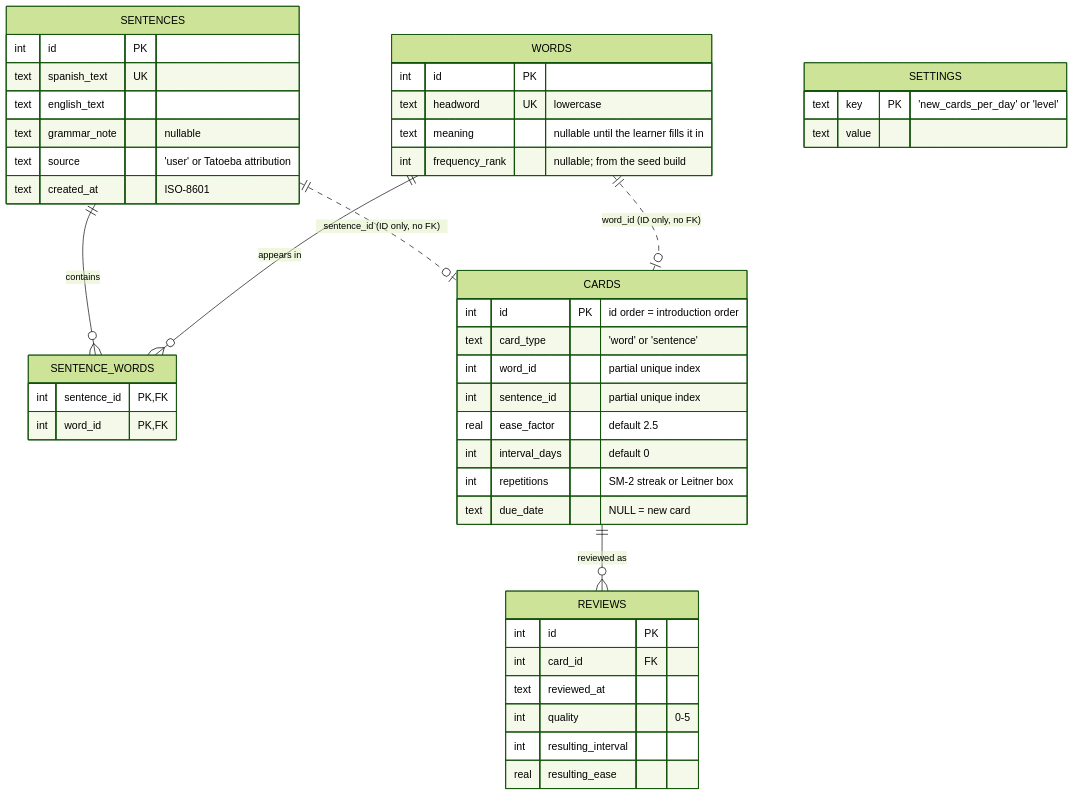
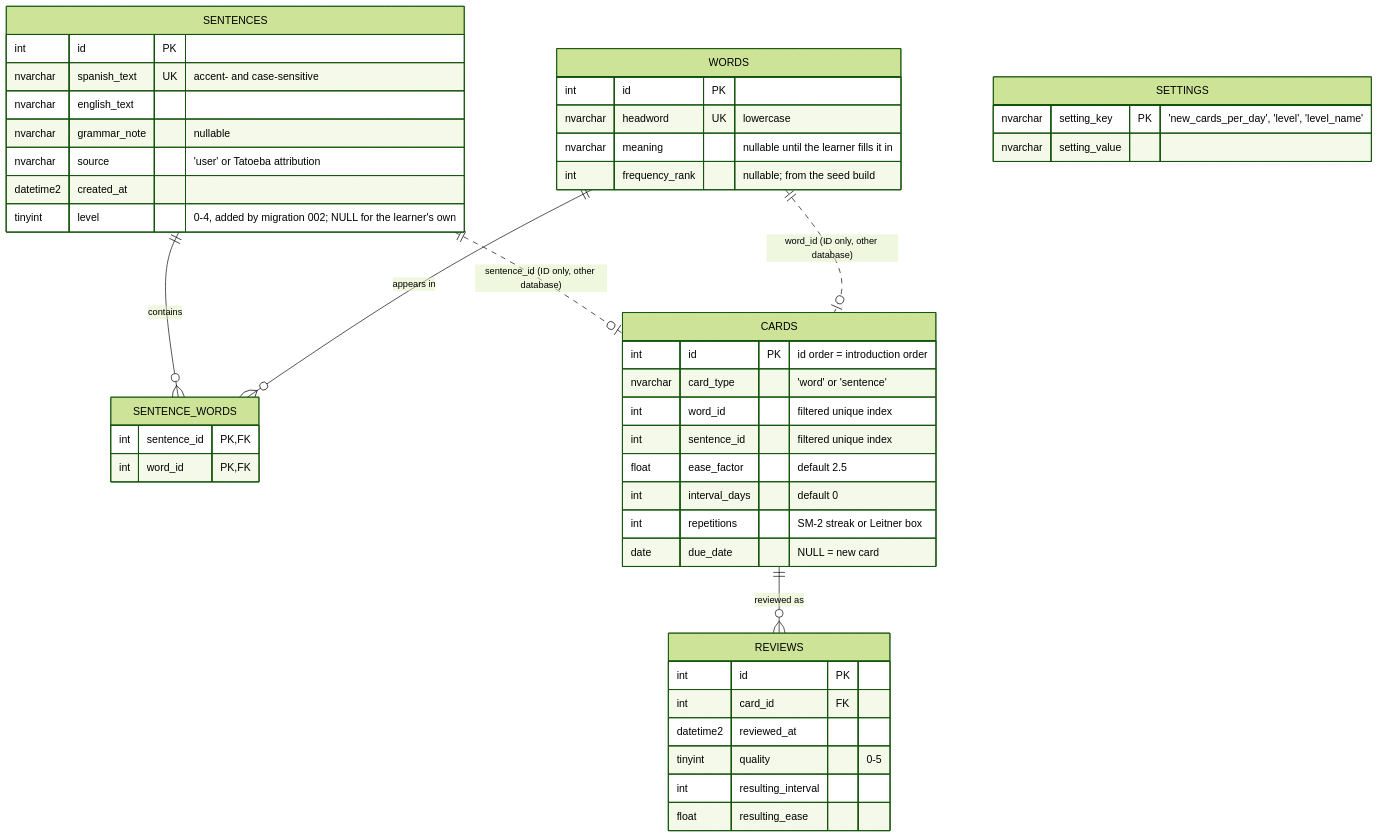
Before and after one commit to Allaawii/devops_individual_assignment_1: the sixth of 6 diagrams in docs/diagrams.md, drawn with Mermaid (forest theme). The commit also changed other lines of this file and 1 other file, not shown here.

Commit message:
Rewrite the README for the two services (compose, one service alone, tests, migrations, CI/CD jobs, Azure resources and the one-time setup) and the diagrams (before and after architecture, deployment, the pull, content down, one database per service)

````diff
--- a/docs/diagrams.md
+++ b/docs/diagrams.md
@@ -85,49 +146,50 @@
 ```mermaid
 erDiagram
     SENTENCES ||--o{ SENTENCE_WORDS : "contains"
     WORDS     ||--o{ SENTENCE_WORDS : "appears in"
-    SENTENCES ||..o| CARDS : "sentence_id (ID only, no FK)"
-    WORDS     ||..o| CARDS : "word_id (ID only, no FK)"
+    SENTENCES ||..o| CARDS : "sentence_id (ID only, other database)"
+    WORDS     ||..o| CARDS : "word_id (ID only, other database)"
     CARDS     ||--o{ REVIEWS : "reviewed as"
 
     SENTENCES {
-        int  id PK
-        text spanish_text UK
-        text english_text
-        text grammar_note "nullable"
-        text source "'user' or Tatoeba attribution"
-        text created_at "ISO-8601"
+        int      id PK
+        nvarchar spanish_text UK "accent- and case-sensitive"
+        nvarchar english_text
+        nvarchar grammar_note "nullable"
+        nvarchar source "'user' or Tatoeba attribution"
+        datetime2 created_at
+        tinyint  level "0-4, added by migration 002; NULL for the learner's own"
     }
     WORDS {
-        int  id PK
-        text headword UK "lowercase"
-        text meaning "nullable until the learner fills it in"
-        int  frequency_rank "nullable; from the seed build"
+        int      id PK
+        nvarchar headword UK "lowercase"
+        nvarchar meaning "nullable until the learner fills it in"
+        int      frequency_rank "nullable; from the seed build"
     }
     SENTENCE_WORDS {
         int sentence_id PK, FK
         int word_id PK, FK
     }
     CARDS {
-        int  id PK "id order = introduction order"
-        text card_type "'word' or 'sentence'"
-        int  word_id "partial unique index"
-        int  sentence_id "partial unique index"
-        real ease_factor "default 2.5"
-        int  interval_days "default 0"
-        int  repetitions "SM-2 streak or Leitner box"
-        text due_date "NULL = new card"
+        int      id PK "id order = introduction order"
+        nvarchar card_type "'word' or 'sentence'"
+        int      word_id "filtered unique index"
+        int      sentence_id "filtered unique index"
+        float    ease_factor "default 2.5"
+        int      interval_days "default 0"
+        int      repetitions "SM-2 streak or Leitner box"
+        date     due_date "NULL = new card"
     }
     REVIEWS {
-        int  id PK
-        int  card_id FK
-        text reviewed_at
-        int  quality "0-5"
-        int  resulting_interval
-        real resulting_ease
+        int       id PK
+        int       card_id FK
+        datetime2 reviewed_at
+        tinyint   quality "0-5"
+        int       resulting_interval
+        float     resulting_ease
     }
     SETTINGS {
-        text key PK "'new_cards_per_day' or 'level'"
-        text value
+        nvarchar setting_key PK "'new_cards_per_day', 'level', 'level_name'"
+        nvarchar setting_value
     }
 ```
````
